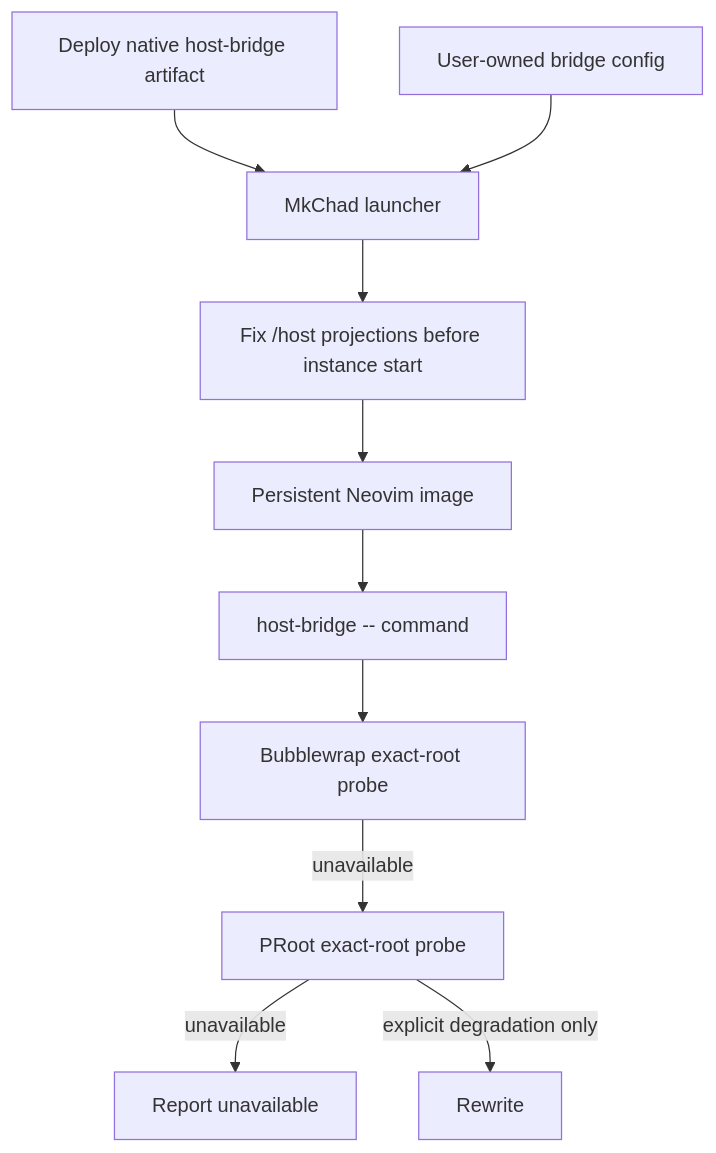
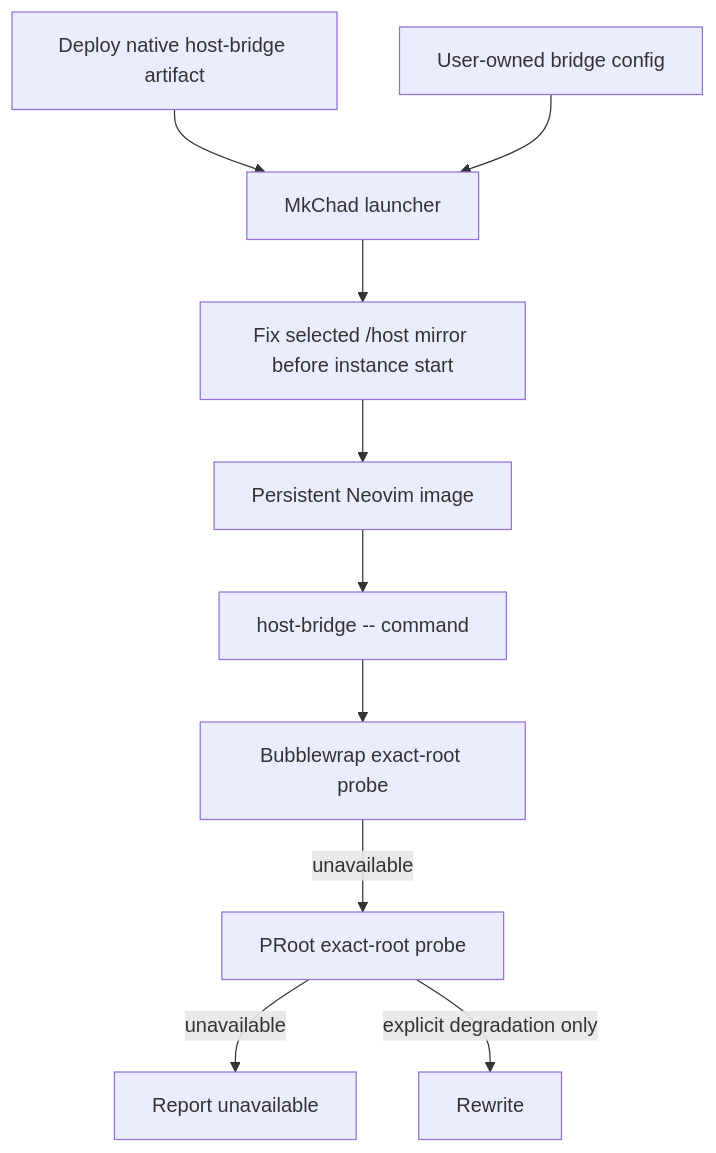
Before and after one commit to krafczyk/mkchad_dev: the first of 2 diagrams in docs/plans/2026-08-04-004-feat-mkchad-host-bridge-integration-plan.md, drawn with Mermaid. The commit also changed other lines of this file and 1 other file, not shown here.

First line of the commit message:
docs(plans): record automatic host projection

````diff
--- a/docs/plans/2026-08-04-004-feat-mkchad-host-bridge-integration-plan.md
+++ b/docs/plans/2026-08-04-004-feat-mkchad-host-bridge-integration-plan.md
@@ -96,12 +98,12 @@
 ```mermaid
 flowchart TB
   DEP[Deploy native host-bridge artifact] --> LAUNCH[MkChad launcher]
   CFG[User-owned bridge config] --> LAUNCH
-  LAUNCH --> BIND[Fix /host projections before instance start]
+  LAUNCH --> BIND[Fix selected /host mirror before instance start]
   BIND --> IMG[Persistent Neovim image]
   IMG --> EXPLICIT[host-bridge -- command]
   EXPLICIT --> BW[Bubblewrap exact-root probe]
   BW -->|unavailable| PR[PRoot exact-root probe]
   PR -->|unavailable| STOP[Report unavailable]
   PR -->|explicit degradation only| RW[Rewrite]
 ```
````
